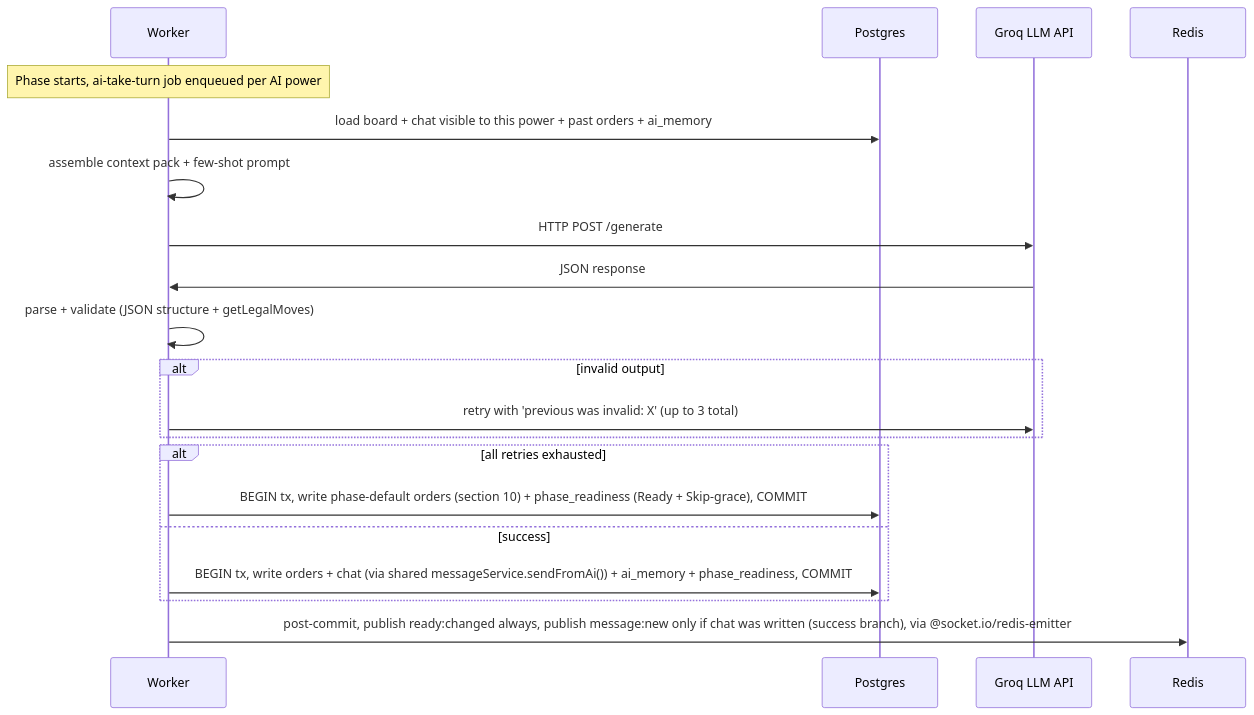
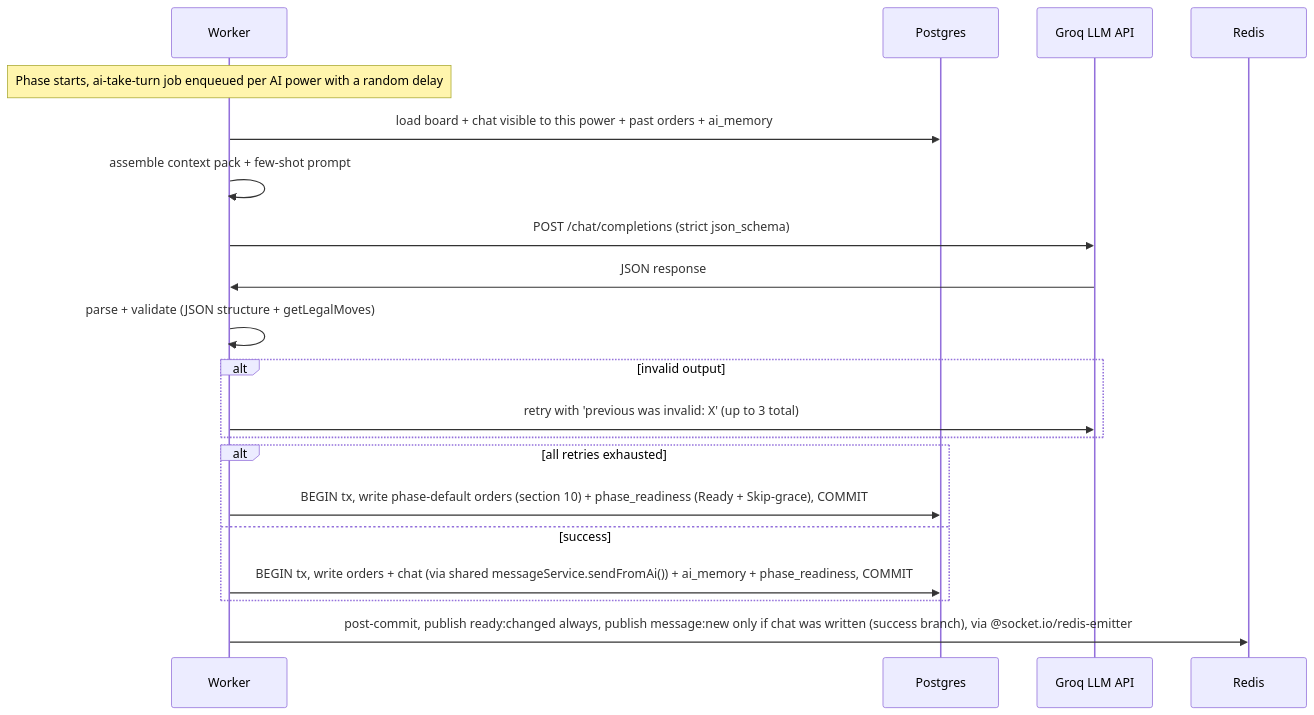
One commit to The-Diplomats/Diplomacy changed diagram 16 of 18 in MilestoneSubmissions/DESIGN_DOC.md. Above: the diagram before and after it, drawn with Mermaid. The commit also changed other lines of this file and 45 other files, not shown here.

````diff
--- a/MilestoneSubmissions/DESIGN_DOC.md
+++ b/MilestoneSubmissions/DESIGN_DOC.md
@@ -647,22 +649,22 @@
 ```mermaid
 sequenceDiagram
     participant WK as Worker
     participant PG as Postgres
     participant OLL as Groq LLM API
     participant RD as Redis
-    Note over WK: Phase starts, ai-take-turn job enqueued per AI power
+    Note over WK: Phase starts, ai-take-turn job enqueued per AI power with a random delay
     WK->>PG: load board + chat visible to this power + past orders + ai_memory
     WK->>WK: assemble context pack + few-shot prompt
-    WK->>OLL: HTTP POST /generate
+    WK->>OLL: POST /chat/completions (strict json_schema)
     OLL->>WK: JSON response
     WK->>WK: parse + validate (JSON structure + getLegalMoves)
     alt invalid output
         WK->>OLL: retry with 'previous was invalid: X' (up to 3 total)
     end
     alt all retries exhausted
         WK->>PG: BEGIN tx, write phase-default orders (section 10) + phase_readiness (Ready + Skip-grace), COMMIT
     else success
         WK->>PG: BEGIN tx, write orders + chat (via shared messageService.sendFromAi()) + ai_memory + phase_readiness, COMMIT
     end
     WK->>RD: post-commit, publish ready:changed always, publish message:new only if chat was written (success branch), via @socket.io/redis-emitter
 ```
````
